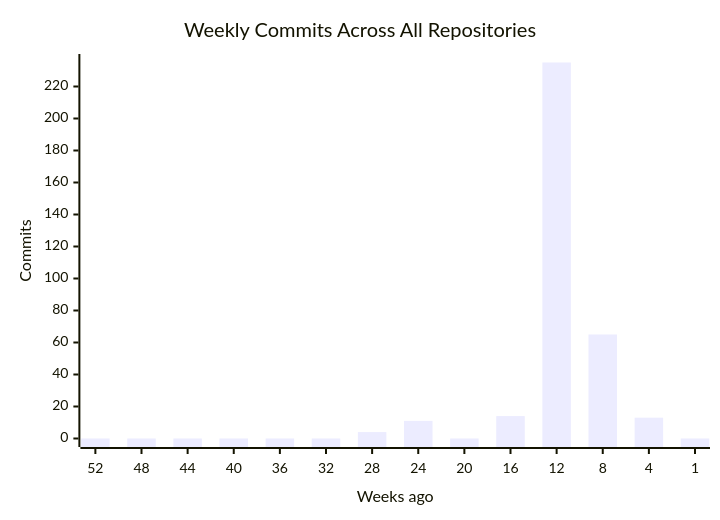
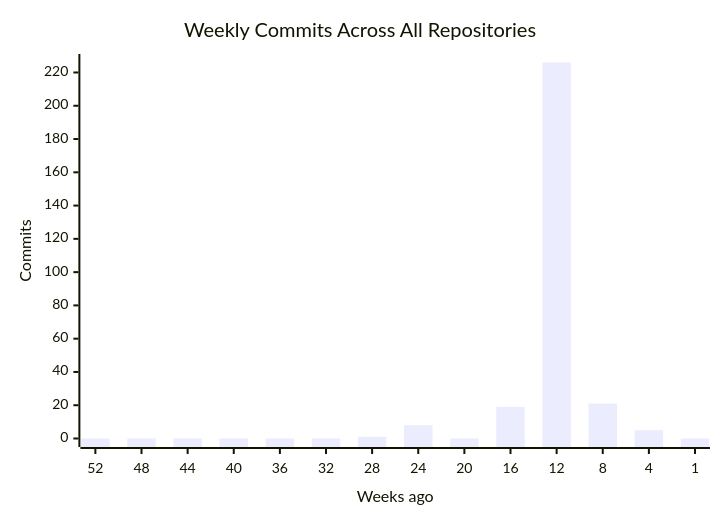
The first of 4 diagrams in profile/README.md (CSTH-Projects/.github), drawn with Mermaid before and after one commit. The commit also changed other lines of this file, not shown here.

````diff
--- a/profile/README.md
+++ b/profile/README.md
@@ -16,7 +16,7 @@
 ```mermaid
 xychart-beta
     title "Weekly Commits Across All Repositories"
     x-axis "Weeks ago" [52, 48, 44, 40, 36, 32, 28, 24, 20, 16, 12, 8, 4, 1]
     y-axis "Commits"
-    bar [0, 0, 0, 0, 0, 0, 4, 11, 0, 14, 235, 65, 13, 0]
+    bar [0, 0, 0, 0, 0, 0, 1, 8, 0, 19, 226, 21, 5, 0]
 ```
````
